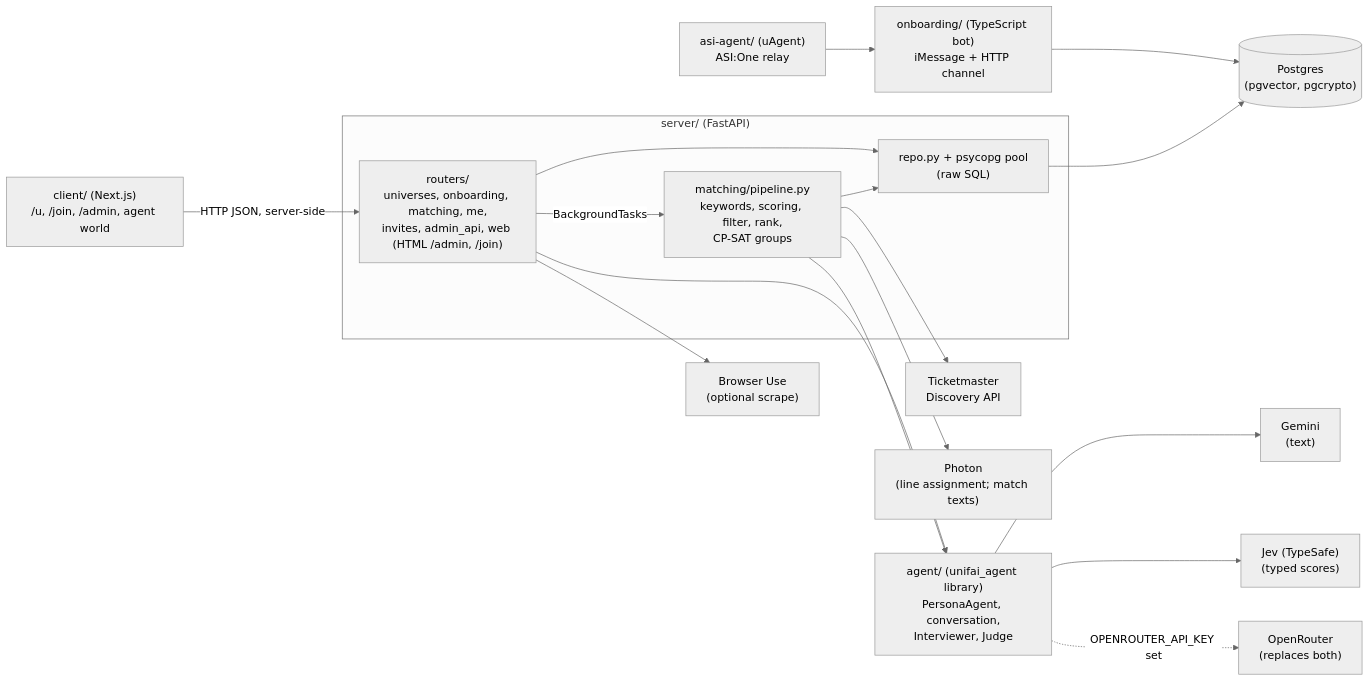
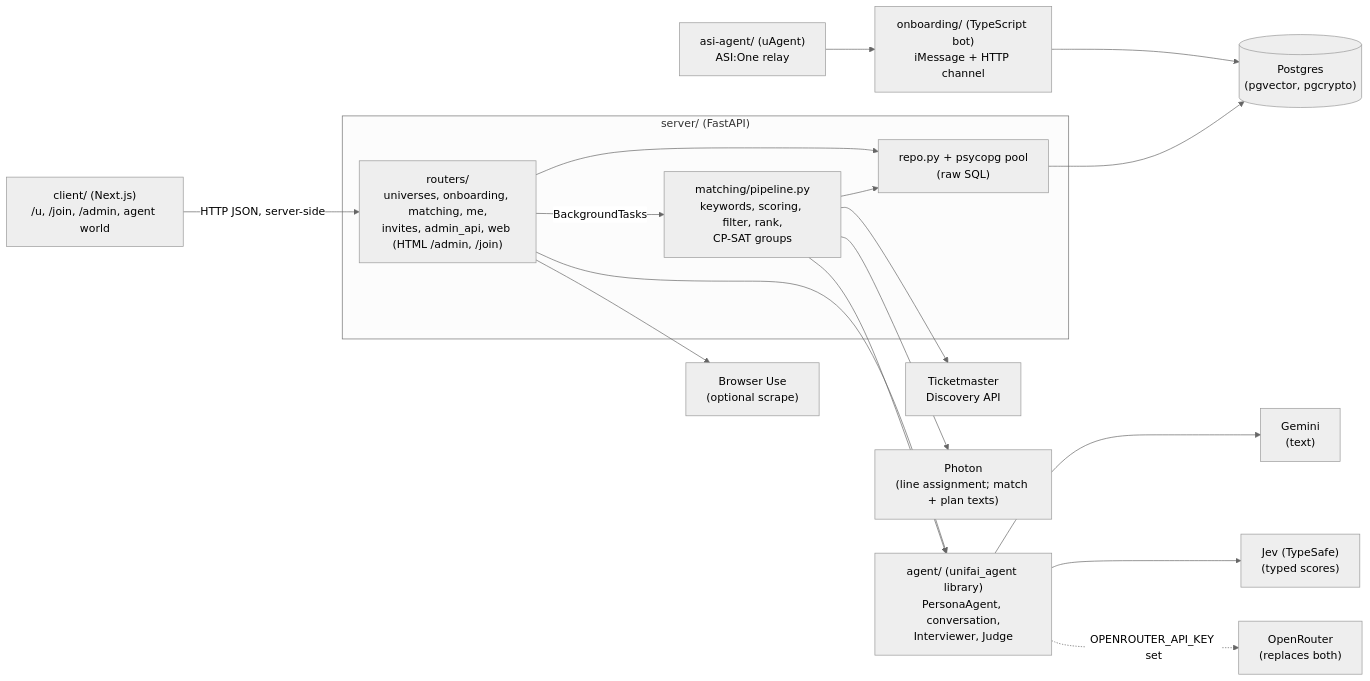
One commit to cng04/unif.ai changed the diagram in README.md. Above: the diagram before and after it, drawn with Mermaid (neutral theme). The commit also changed other lines of this file and 16 other files, not shown here.

````diff
--- a/README.md
+++ b/README.md
@@ -38,20 +38,20 @@
 ```mermaid
 flowchart LR
     Client["client/ (Next.js)\n/u, /join, /admin, agent world"] -->|HTTP JSON, server-side| API
     Bot["onboarding/ (TypeScript bot)\niMessage + HTTP channel"] --> DB
     ASI["asi-agent/ (uAgent)\nASI:One relay"] --> Bot
     subgraph Server["server/ (FastAPI)"]
         API["routers/\nuniverses, onboarding, matching, me,\ninvites, admin_api, web (HTML /admin, /join)"] --> Repo["repo.py + psycopg pool\n(raw SQL)"]
         API -->|BackgroundTasks| Pipeline["matching/pipeline.py\nkeywords, scoring, filter, rank,\nCP-SAT groups"]
         Pipeline --> Repo
     end
     Repo --> DB[("Postgres\n(pgvector, pgcrypto)")]
     API --> Agent
     Pipeline --> Agent["agent/ (unifai_agent library)\nPersonaAgent, conversation,\nInterviewer, Judge"]
     Agent --> Gemini["Gemini\n(text)"]
     Agent --> Jev["Jev (TypeSafe)\n(typed scores)"]
     Agent -.->|"OPENROUTER_API_KEY set"| OR["OpenRouter\n(replaces both)"]
     Pipeline --> TM["Ticketmaster\nDiscovery API"]
-    Pipeline --> Photon["Photon\n(line assignment; match texts)"]
+    Pipeline --> Photon["Photon\n(line assignment; match + plan texts)"]
     API --> BU["Browser Use\n(optional scrape)"]
 ```
````
